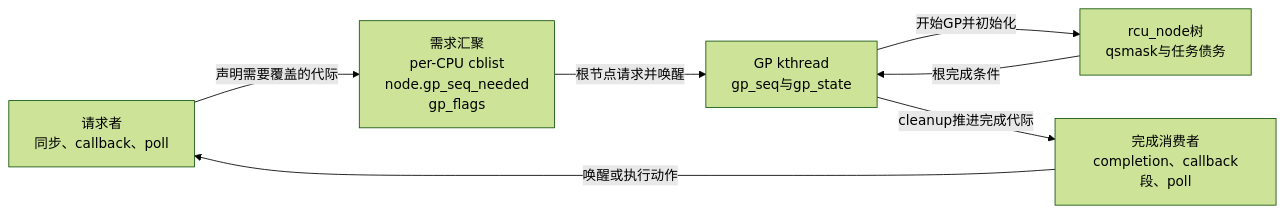
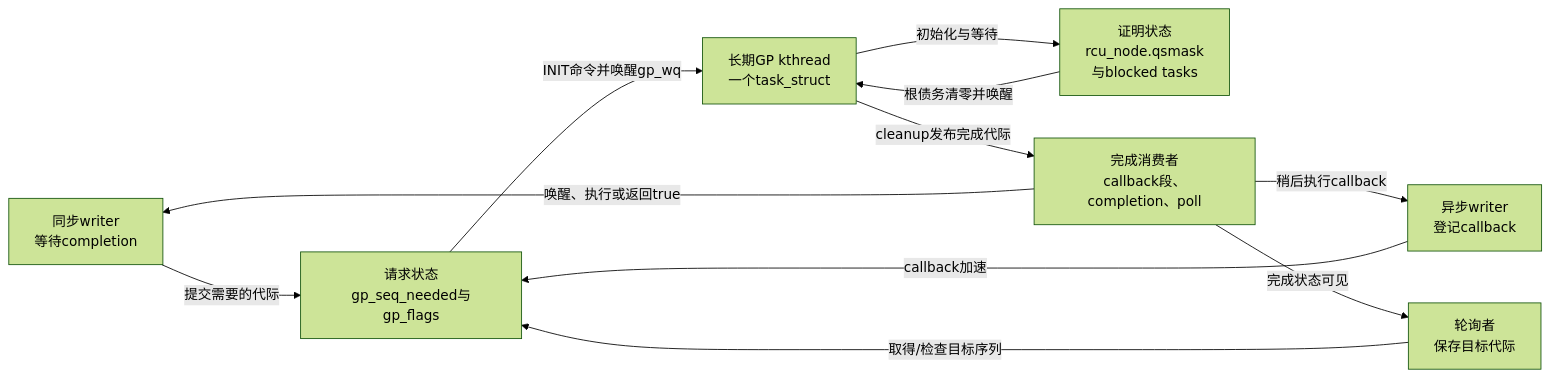
One commit to FormingSystem/linux_note changed the first of 3 diagrams in knowledge/linux/synchronization/rcu/P12_Tree_RCU_GP请求与全局生命周期.md. Above: the diagram before and after it, drawn with Mermaid (forest theme). The commit also changed other lines of this file and 20 other files, not shown here.

````diff
--- a/knowledge/linux/synchronization/rcu/P12_Tree_RCU_GP请求与全局生命周期.md
+++ b/knowledge/linux/synchronization/rcu/P12_Tree_RCU_GP请求与全局生命周期.md
@@ -41,15 +75,21 @@
 ```mermaid
 flowchart LR
-    A["请求者<br/>同步、callback、poll"]
-    B["需求汇聚<br/>per-CPU cblist<br/>node.gp_seq_needed<br/>gp_flags"]
-    G["GP kthread<br/>gp_seq与gp_state"]
-    N["rcu_node树<br/>qsmask与任务债务"]
-    D["完成消费者<br/>completion、callback段、poll"]
+    W0["同步writer<br/>等待completion"]
+    W1["异步writer<br/>登记callback"]
+    P["轮询者<br/>保存目标代际"]
+    Q["请求状态<br/>gp_seq_needed与gp_flags"]
+    K["长期GP kthread<br/>一个task_struct"]
+    N["证明状态<br/>rcu_node.qsmask<br/>与blocked tasks"]
+    D["完成消费者<br/>callback段、completion、poll"]
 
-    A -->|"声明需要覆盖的代际"| B
-    B -->|"根节点请求并唤醒"| G
-    G -->|"开始GP并初始化"| N
-    N -->|"根完成条件"| G
-    G -->|"cleanup推进完成代际"| D
-    D -->|"唤醒或执行动作"| A
+    W0 -->|"提交需要的代际"| Q
+    W1 -->|"callback加速"| Q
+    P -->|"取得/检查目标序列"| Q
+    Q -->|"INIT命令并唤醒gp_wq"| K
+    K -->|"初始化与等待"| N
+    N -->|"根债务清零并唤醒"| K
+    K -->|"cleanup发布完成代际"| D
+    D -->|"唤醒、执行或返回true"| W0
+    D -->|"稍后执行callback"| W1
+    D -->|"完成状态可见"| P
 ```
````
